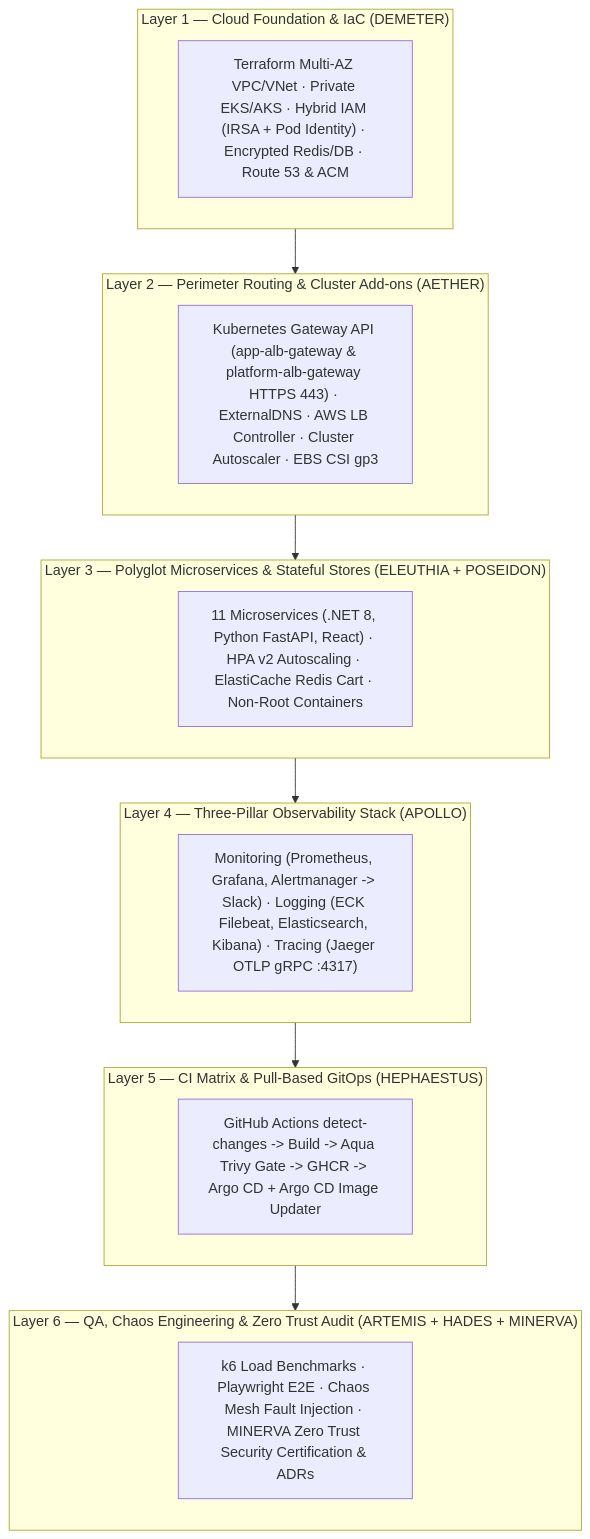
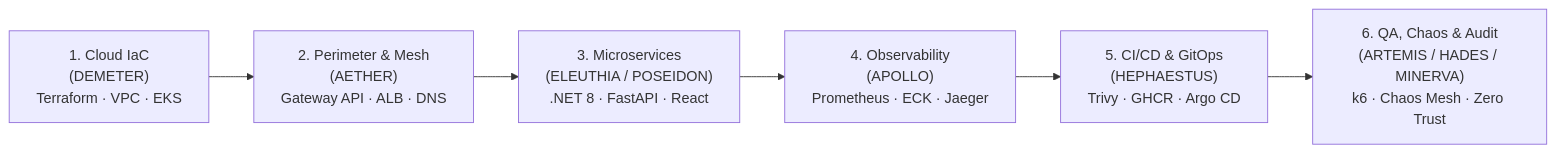
One commit to l3onkers/cloud-architecture-blueprints changed the diagram in README.md. Above: the diagram before and after it, drawn with Mermaid. The commit also changed other lines of this file and 2 other files, not shown here.

Commit message:
fix(ci): set pythonpath for pytest in ci matrix and fix readme hero banner and diagram layout

````diff
--- a/README.md
+++ b/README.md
@@ -50,23 +50,8 @@
 ```mermaid
-flowchart TD
-    subgraph L1["Layer 1 — Cloud Foundation & IaC (DEMETER)"]
-        TF["Terraform Multi-AZ VPC/VNet · Private EKS/AKS · Hybrid IAM (IRSA + Pod Identity) · Encrypted Redis/DB · Route 53 & ACM"]
-    end
-    subgraph L2["Layer 2 — Perimeter Routing & Cluster Add-ons (AETHER)"]
-        GW["Kubernetes Gateway API (app-alb-gateway & platform-alb-gateway HTTPS 443) · ExternalDNS · AWS LB Controller · Cluster Autoscaler · EBS CSI gp3"]
-    end
-    subgraph L3["Layer 3 — Polyglot Microservices & Stateful Stores (ELEUTHIA + POSEIDON)"]
-        APP["11 Microservices (.NET 8, Python FastAPI, React) · HPA v2 Autoscaling · ElastiCache Redis Cart · Non-Root Containers"]
-    end
-    subgraph L4["Layer 4 — Three-Pillar Observability Stack (APOLLO)"]
-        OBS["Monitoring (Prometheus, Grafana, Alertmanager -> Slack) · Logging (ECK Filebeat, Elasticsearch, Kibana) · Tracing (Jaeger OTLP gRPC :4317)"]
-    end
-    subgraph L5["Layer 5 — CI Matrix & Pull-Based GitOps (HEPHAESTUS)"]
-        CICD["GitHub Actions detect-changes -> Build -> Aqua Trivy Gate -> GHCR -> Argo CD + Argo CD Image Updater"]
-    end
-    subgraph L6["Layer 6 — QA, Chaos Engineering & Zero Trust Audit (ARTEMIS + HADES + MINERVA)"]
-        QA["k6 Load Benchmarks · Playwright E2E · Chaos Mesh Fault Injection · MINERVA Zero Trust Security Certification & ADRs"]
-    end
-
-    L1 --> L2 --> L3 --> L4 --> L5 --> L6
+flowchart LR
+    L1["1. Cloud IaC<br/>(DEMETER)<br/>Terraform · VPC · EKS"] --> L2["2. Perimeter & Mesh<br/>(AETHER)<br/>Gateway API · ALB · DNS"]
+    L2 --> L3["3. Microservices<br/>(ELEUTHIA / POSEIDON)<br/>.NET 8 · FastAPI · React"]
+    L3 --> L4["4. Observability<br/>(APOLLO)<br/>Prometheus · ECK · Jaeger"]
+    L4 --> L5["5. CI/CD & GitOps<br/>(HEPHAESTUS)<br/>Trivy · GHCR · Argo CD"]
+    L5 --> L6["6. QA, Chaos & Audit<br/>(ARTEMIS / HADES / MINERVA)<br/>k6 · Chaos Mesh · Zero Trust"]
 ```
````
